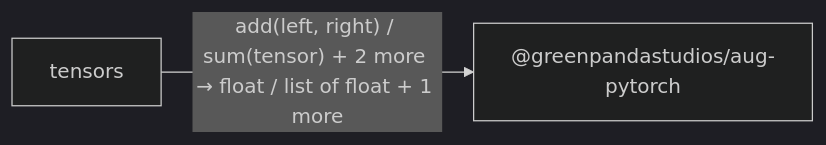
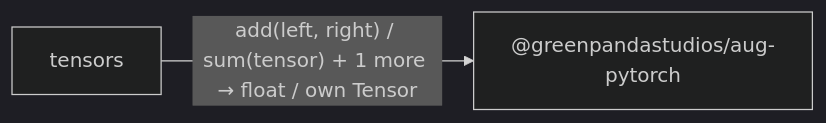
Before and after one commit to GreenPandaStudios/augscript: the second of 2 diagrams in docs/examples/native-pytorch/diagrams/index.md, drawn with Mermaid (dark theme). The commit also changed other lines of this file and 658 other files, not shown here.

````diff
--- a/docs/examples/native-pytorch/diagrams/index.md
+++ b/docs/examples/native-pytorch/diagrams/index.md
@@ -30,6 +40,6 @@
 ```mermaid
 flowchart LR
     n0["@greenpandastudios/aug-pytorch"]
     n1["tensors"]
-    n1 -->|"add(left, right) / sum(tensor) + 2 more → float / list of float + 1 more"| n0
+    n1 -->|"add(left, right) / sum(tensor) + 1 more → float / own Tensor"| n0
 ```
````
